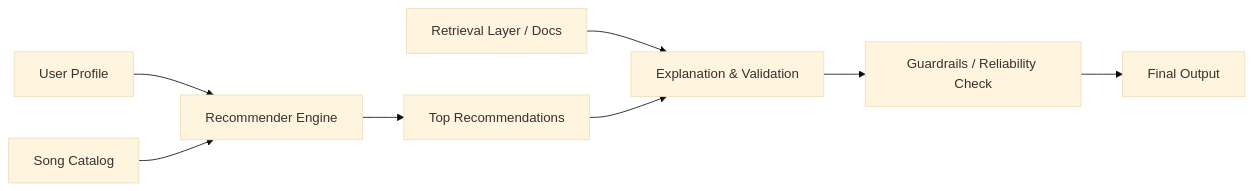
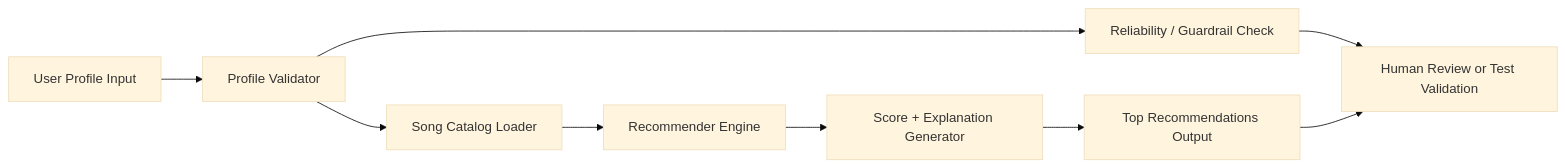
One commit to Princewilln/applied-ai-system-project changed the diagram in diagrams/architecture.mmd. Above: the diagram before and after it, drawn with Mermaid (base theme).

Commit message:
task: updated the architecture diagram to match my workflow.

```diff
--- a/diagrams/architecture.mmd
+++ b/diagrams/architecture.mmd
@@ -1,8 +1,9 @@
 flowchart LR
-    A[User Profile] --> B[Recommender Engine]
-    C[Song Catalog] --> B
-    D[Retrieval Layer / Docs] --> E[Explanation & Validation]
-    B --> F[Top Recommendations]
-    F --> E
-    E --> G[Guardrails / Reliability Check]
-    G --> H[Final Output]
+    A[User Profile Input] --> B[Profile Validator]
+    B --> C[Song Catalog Loader]
+    C --> D[Recommender Engine]
+    D --> E[Score + Explanation Generator]
+    E --> F[Top Recommendations Output]
+    B --> G[Reliability / Guardrail Check]
+    G --> H[Human Review or Test Validation]
+    F --> H
```
